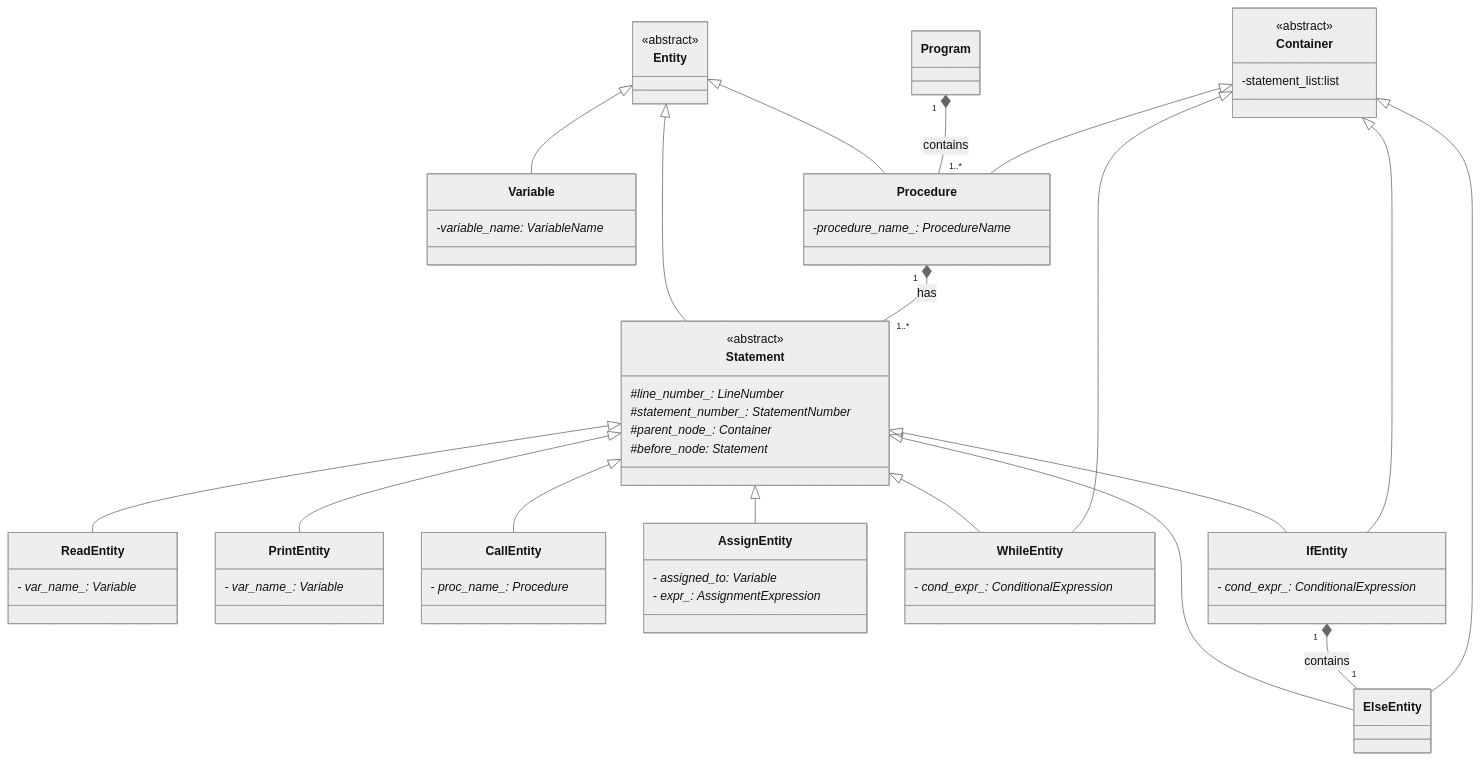
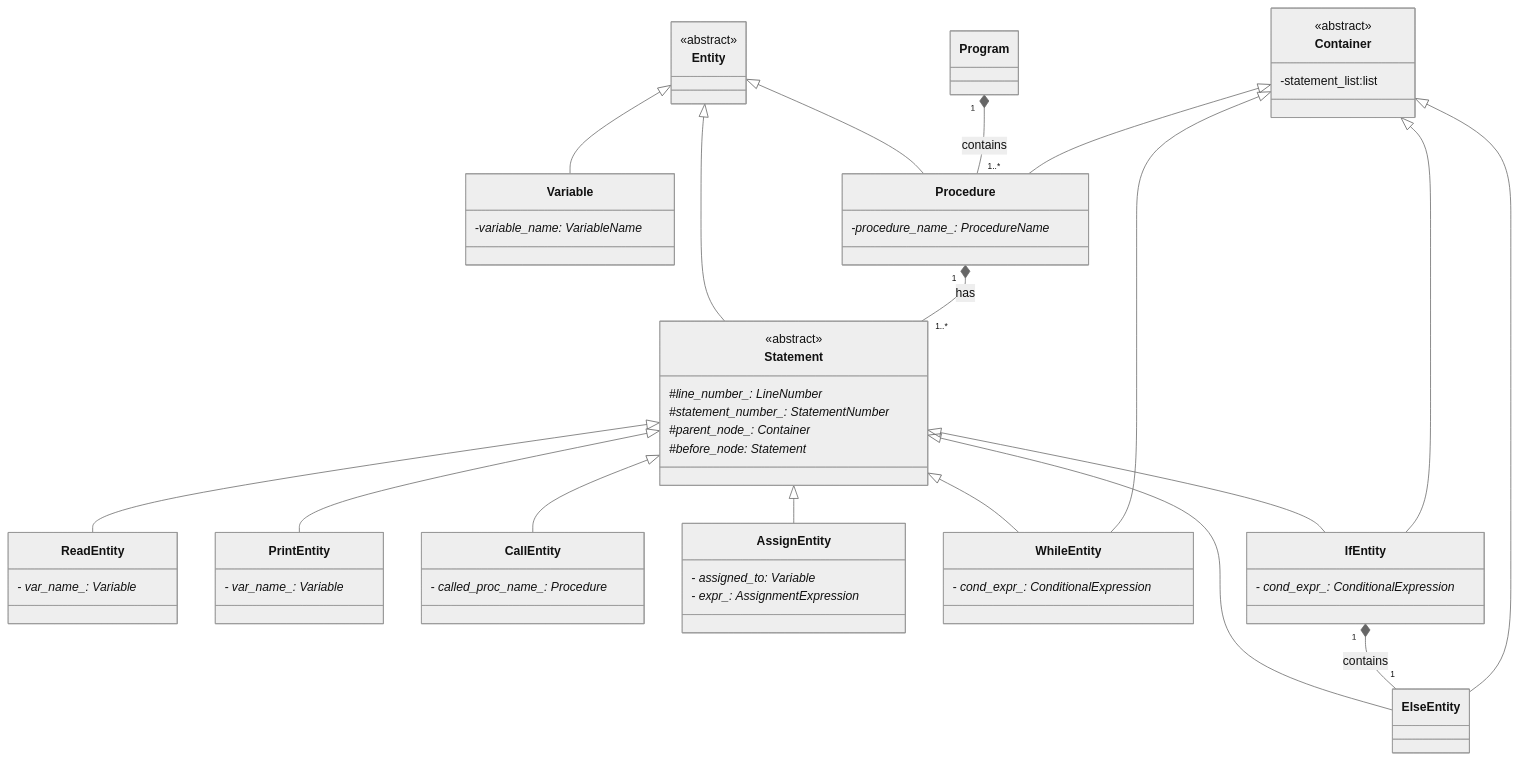
Before and after one commit to rtshkmr/CS3203-StaticProgramAnalyzer: the diagram in docs/cd/Nodes.mmd, drawn with Mermaid (neutral theme). The commit also changed 13 other files, not shown here.

```diff
--- a/docs/cd/Nodes.mmd
+++ b/docs/cd/Nodes.mmd
@@ -1,77 +1,77 @@
 classDiagram
 
     Entity <|-- Variable
     Entity <|-- Procedure
     Entity <|-- Statement
 
     Program "1" *-- "1..*" Procedure :contains
 
     Procedure "1" *-- "1..*" Statement :has
 
     Statement <|-- ReadEntity
     Statement <|-- PrintEntity
     Statement <|-- CallEntity
     Statement <|-- AssignEntity
     Statement <|-- WhileEntity
     Statement <|-- IfEntity
     Statement <|-- ElseEntity
 
     class Entity {
         <<abstract>>
     }
 
     class Container {
         <<abstract>> 
         -statement_list:list<Statement*>
     }
 
     class Variable {
         -variable_name: VariableName*
     }
 
     class Procedure {
         -procedure_name_: ProcedureName*
     }
 
     class Statement {
         <<abstract>>
         #line_number_: LineNumber*
         #statement_number_: StatementNumber*
         #parent_node_: Container*
         #before_node: Statement*
     }
 
     class ReadEntity {
         - var_name_: Variable*
     }
 
     class PrintEntity {
         - var_name_: Variable*
     }
 
     class CallEntity {
-        - proc_name_: Procedure*
+        - called_proc_name_: Procedure*
     }
 
     class AssignEntity {
         - assigned_to: Variable*
         - expr_: AssignmentExpression*
     }
 
     class WhileEntity {
         - cond_expr_: ConditionalExpression*
     }
 
     class IfEntity {
         - cond_expr_: ConditionalExpression*
     }
 
     class ElseEntity { }
     
     IfEntity "1" *-- "1" ElseEntity :contains
 
 
     Container <|-- Procedure
     Container <|-- WhileEntity
     Container <|-- IfEntity
     Container <|-- ElseEntity
```
